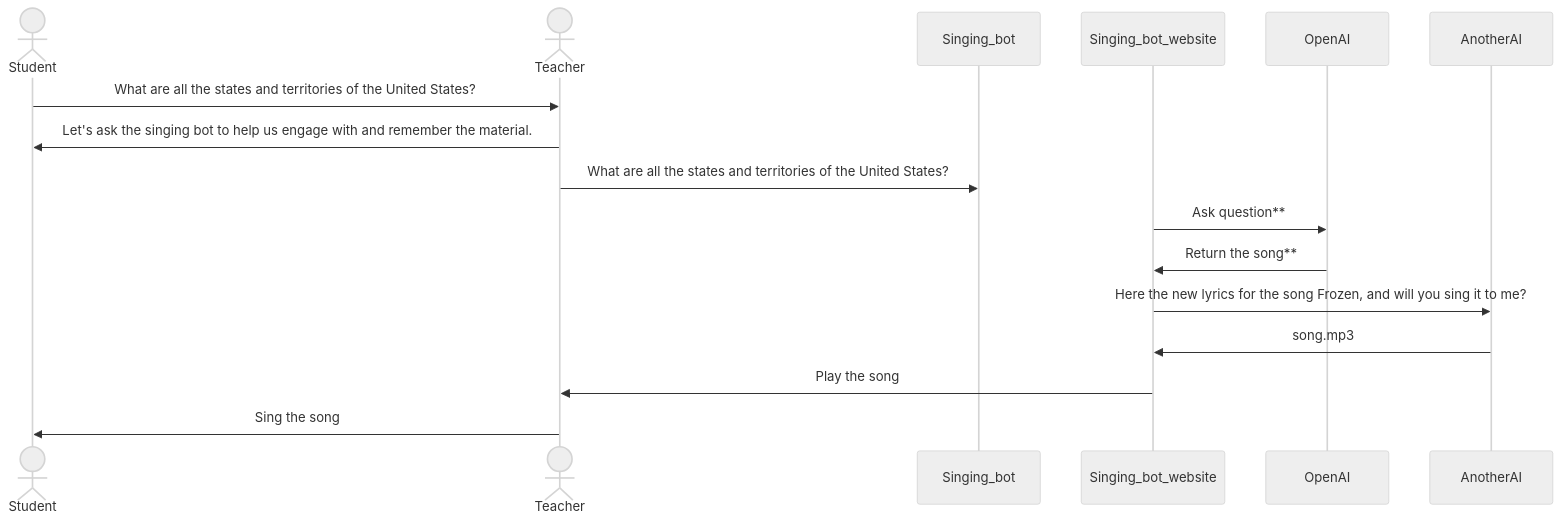
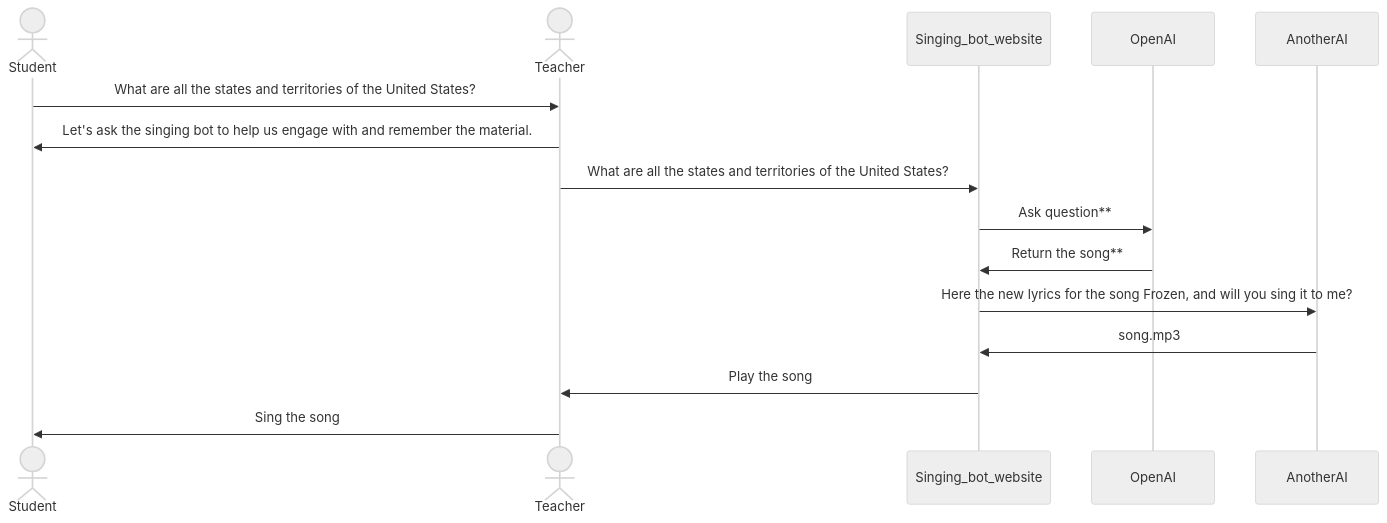
Before and after one commit to Robotics2024/singing-bot: the diagram in README.md, drawn with Mermaid (neutral theme).

Commit message:
miss a spot

````diff
--- a/README.md
+++ b/README.md
@@ -23,15 +23,15 @@
 ```mermaid
 
 sequenceDiagram
     actor Student
     actor Teacher
     Student->>Teacher: What are all the states and territories of the United States?
     Teacher->>Student: Let's ask the singing bot to help us engage with and remember the material.
-    Teacher->>Singing_bot: What are all the states and territories of the United States?
+    Teacher->>Singing_bot_website: What are all the states and territories of the United States?
     Singing_bot_website->>OpenAI: Ask question**
     OpenAI ->> Singing_bot_website: Return the song**
     Singing_bot_website ->> AnotherAI: Here the new lyrics for the song Frozen, and will you sing it to me?
     AnotherAI ->> Singing_bot_website: song.mp3
     Singing_bot_website ->> Teacher: Play the song
     Teacher ->> Student: Sing the song
 ```
````
